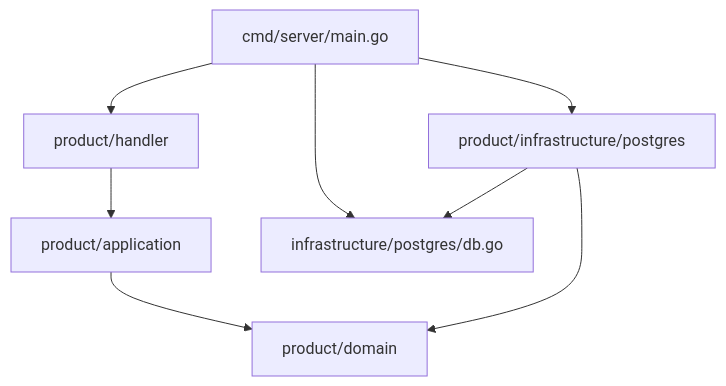
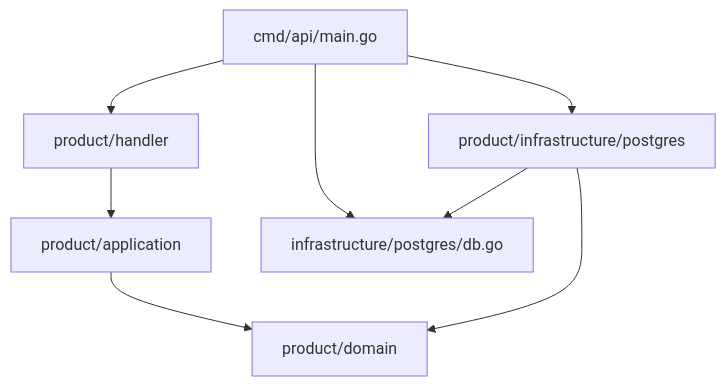
One commit to PHER0MOSA/product-management changed the third of 5 diagrams in docs/ROADMAP.md. Above: the diagram before and after it, drawn with Mermaid. The commit also changed other lines of this file and 9 other files, not shown here.

````diff
--- a/docs/ROADMAP.md
+++ b/docs/ROADMAP.md
@@ -83,17 +83,17 @@
 ```mermaid
 flowchart TB
-  Main["cmd/server/main.go"]
+  Main["cmd/api/main.go"]
   Handler["product/handler"]
   App["product/application"]
   Domain["product/domain"]
   ProdInfra["product/infrastructure/postgres"]
   DbInfra["infrastructure/postgres/db.go"]
 
   Main --> Handler
   Main --> ProdInfra
   Main --> DbInfra
   Handler --> App
   App --> Domain
   ProdInfra --> Domain
   ProdInfra --> DbInfra
 ```
````
